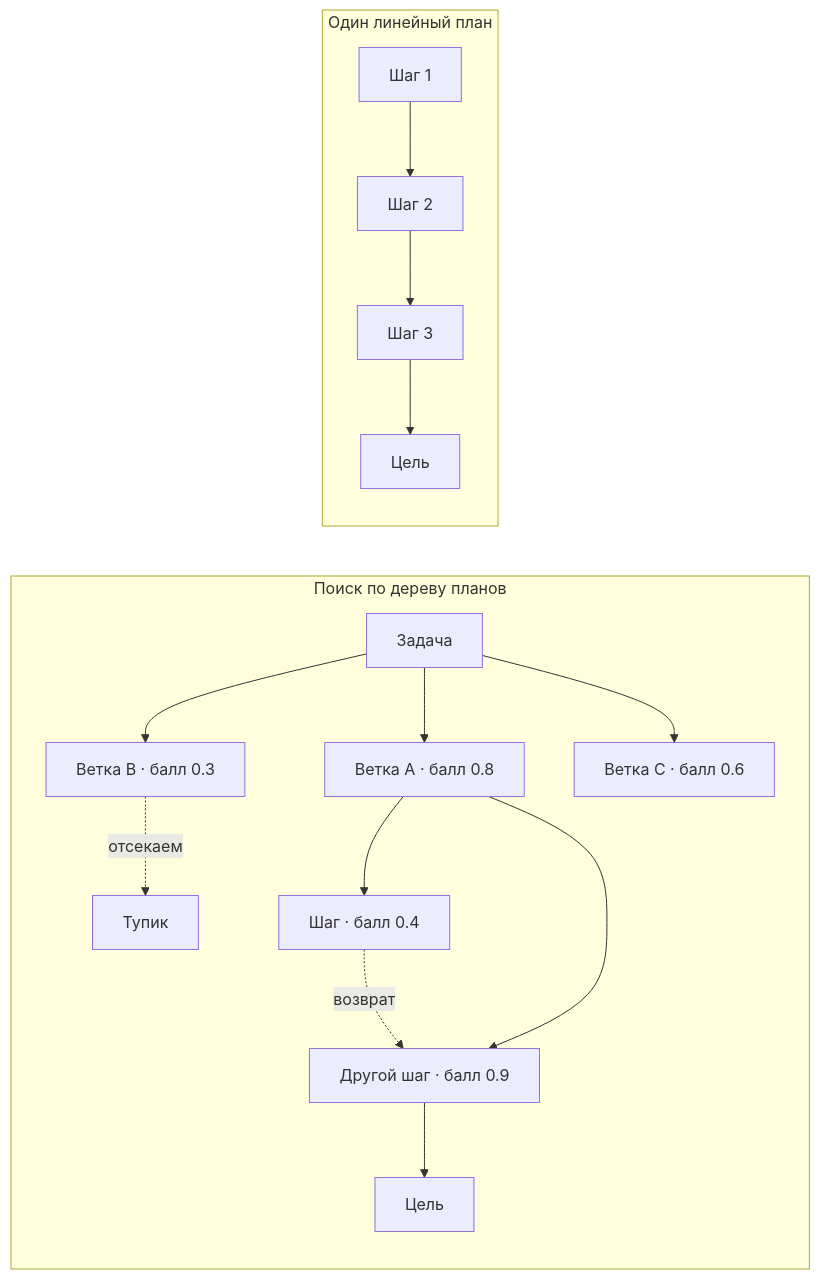
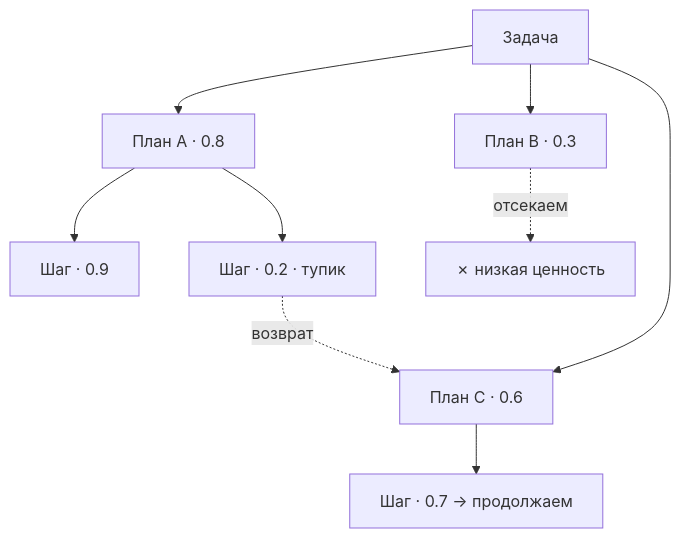
One commit to NikolaiSachok/ai-engineering-handbook changed the first of 3 diagrams in i18n/ru/docusaurus-plugin-content-docs/current/part-2-agents/planning-loops/deep-dive.md. Above: the diagram before and after it, drawn with Mermaid. The commit also changed other lines of this file and 21 other files, not shown here.

First line of the commit message:
fix(i18n): reconcile 28 drifted diagrams and make the parity gate read inside a fence (#453)

````diff
--- a/i18n/ru/docusaurus-plugin-content-docs/current/part-2-agents/planning-loops/deep-dive.md
+++ b/i18n/ru/docusaurus-plugin-content-docs/current/part-2-agents/planning-loops/deep-dive.md
@@ -64,16 +64,11 @@
 ```mermaid
-flowchart LR
-    subgraph Search["Поиск по дереву планов"]
-        R["Задача"] --> A["Ветка A · балл 0.8"]
-        R --> B["Ветка B · балл 0.3"]
-        R --> C["Ветка C · балл 0.6"]
-        B -. "отсекаем" .-> Bx["Тупик"]
-        A --> A1["Шаг · балл 0.4"]
-        A1 -. "возврат" .-> A2["Другой шаг · балл 0.9"]
-        A --> A2
-        A2 --> G["Цель"]
-    end
-    subgraph Linear["Один линейный план"]
-        L1["Шаг 1"] --> L2["Шаг 2"] --> L3["Шаг 3"] --> LG["Цель"]
-    end
+flowchart TD
+    Root["Задача"] --> A["План A · 0.8"]
+    Root --> B["План B · 0.3"]
+    Root --> C["План C · 0.6"]
+    B -. "отсекаем" .-> Bx["✗ низкая ценность"]
+    A --> A1["Шаг · 0.9"]
+    A --> A2["Шаг · 0.2 · тупик"]
+    A2 -. "возврат" .-> C
+    C --> C1["Шаг · 0.7 → продолжаем"]
 ```
````
